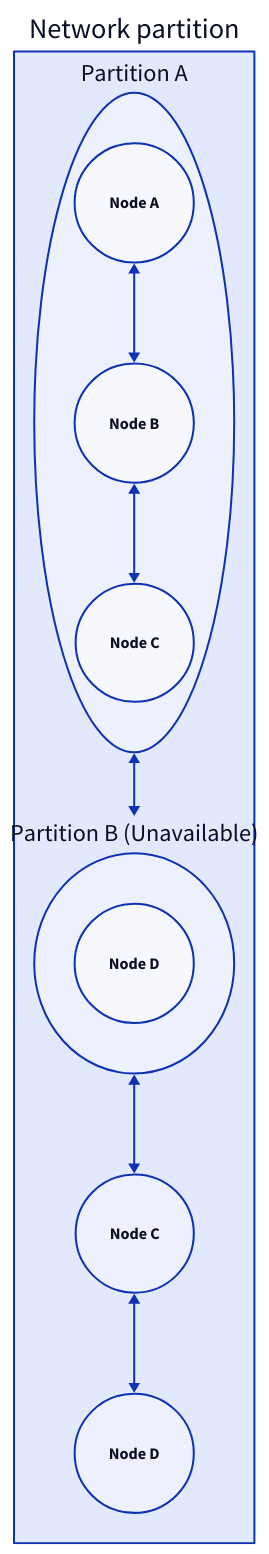
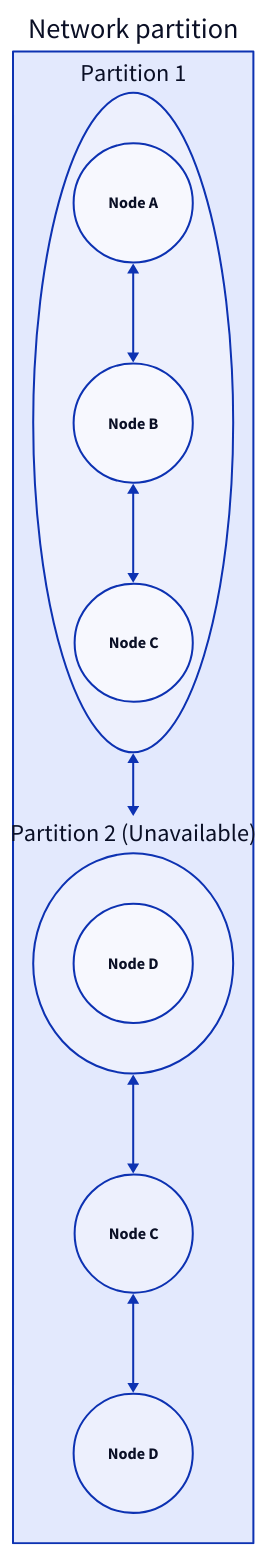
The third of 10 diagrams in content/docs/data-persistence/distributed-database/peer-to-peer-architecture/decentralized-cluster/consensus-protocol.md (link1905/system-design-101), drawn with D2 before and after one commit. The commit also changed other lines of this file and 4 other files, not shown here.

````diff
--- a/content/docs/data-persistence/distributed-database/peer-to-peer-architecture/decentralized-cluster/consensus-protocol.md
+++ b/content/docs/data-persistence/distributed-database/peer-to-peer-architecture/decentralized-cluster/consensus-protocol.md
@@ -80,36 +79,36 @@
 ```d2
 c: Cluster {
    a: Node A {
       shape: circle
    }
    b: Node B {
       shape: circle
    }
    c: Node C {
       shape: circle
    }
    d: Node D {
       shape: circle
    }
    a <-> b <-> c <-> d
 }
 c: Network partition {
-   a: Partition A {
+   a: Partition 1 {
       a: Node A {
          shape: circle
       }
       b: Node B {
          shape: circle
       }
       c: Node C {
          shape: circle
       }
       a <-> b <-> c
    }
-   b: Partition B (Unavailable) {
+   b: Partition 2 (Unavailable) {
       d: Node D {
          shape: circle
       }
    }
 }
 ```
````
